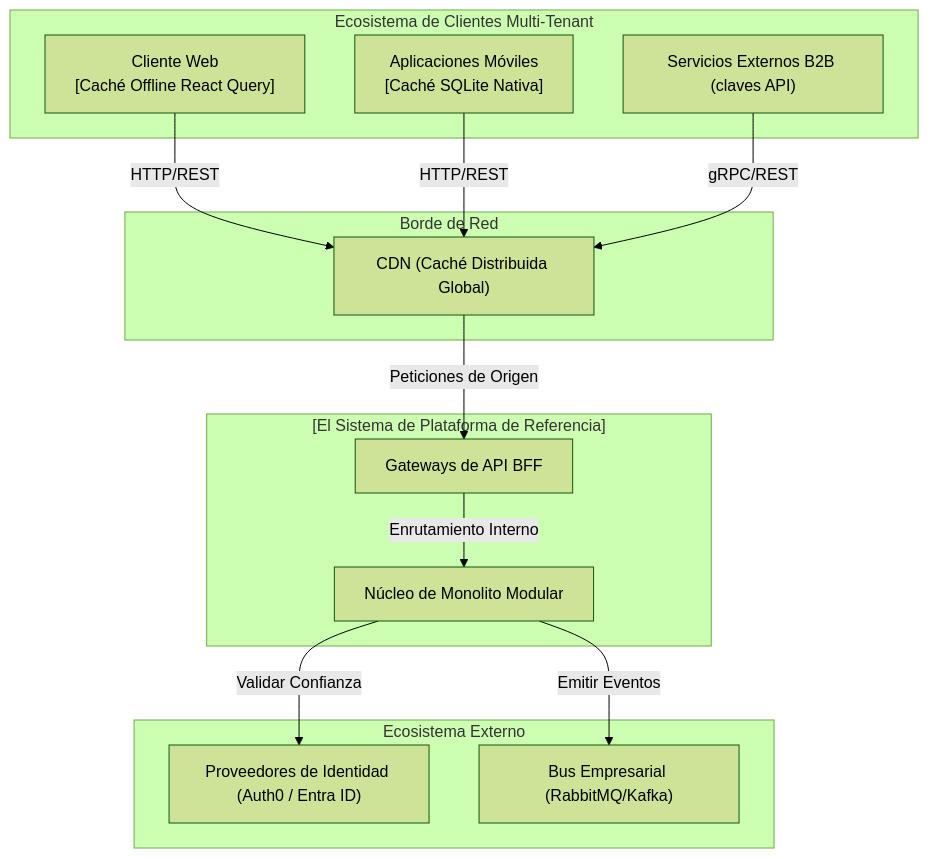
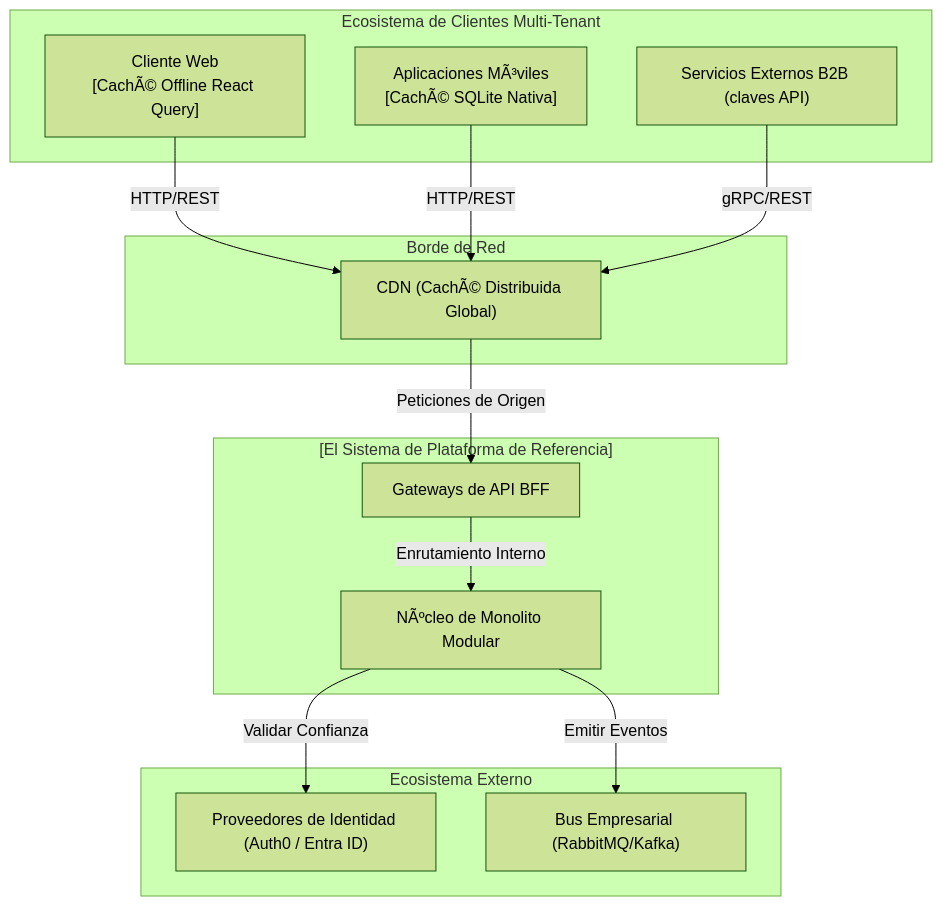
The first of 3 diagrams in architecture/blueprints-es/c4-topology-spec.md (beyondnetcode/arc32_nodejs_progresive_monolith), drawn with Mermaid (forest theme) before and after one commit. The commit also changed other lines of this file and 303 other files, not shown here.

````diff
--- a/architecture/blueprints-es/c4-topology-spec.md
+++ b/architecture/blueprints-es/c4-topology-spec.md
@@ -12,32 +12,32 @@
 ```mermaid
 graph TD
     subgraph Clients["Ecosistema de Clientes Multi-Tenant"]
-        WebPortal["Cliente Web\n[Caché Offline React Query]"]
-        MobileApp["Aplicaciones Móviles\n[Caché SQLite Nativa]"]
+        WebPortal["Cliente Web\n[CachÃ© Offline React Query]"]
+        MobileApp["Aplicaciones MÃ³viles\n[CachÃ© SQLite Nativa]"]
         ThirdParty["Servicios Externos B2B (claves API)"]
     end
 
     subgraph EdgeNet["Borde de Red"]
-        CDN["CDN (Caché Distribuida Global)"]
+        CDN["CDN (CachÃ© Distribuida Global)"]
     end
 
     subgraph CoreSystem["[El Sistema de Plataforma de Referencia]"]
-        MainCore["Núcleo de Monolito Modular"]
+        MainCore["NÃºcleo de Monolito Modular"]
         BFFGateway["Gateways de API BFF"]
     end
 
     subgraph ExternalDependencies["Ecosistema Externo"]
         ExternalIdP["Proveedores de Identidad (Auth0 / Entra ID)"]
         MessageBus["Bus Empresarial (RabbitMQ/Kafka)"]
     end
 
     WebPortal -->|HTTP/REST| CDN
     MobileApp -->|HTTP/REST| CDN
     ThirdParty -->|gRPC/REST| CDN
     
     CDN -->|Peticiones de Origen| BFFGateway
     BFFGateway -->|Enrutamiento Interno| MainCore
     
     MainCore -->|Validar Confianza| ExternalIdP
     MainCore -->|Emitir Eventos| MessageBus
 ```
````
